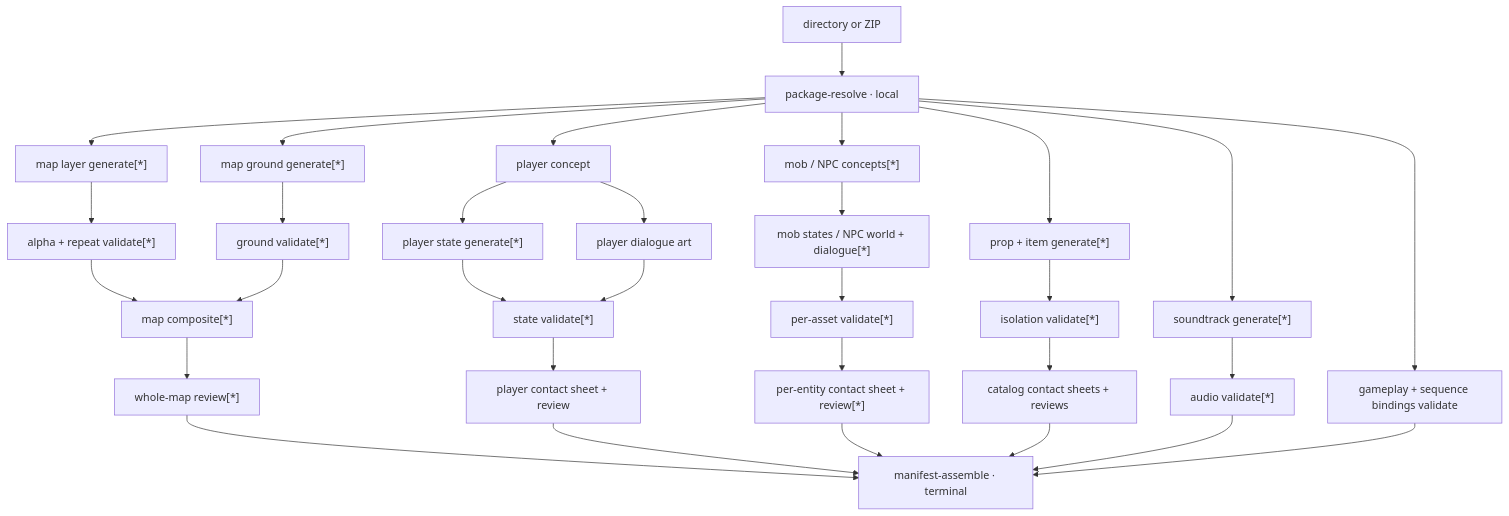
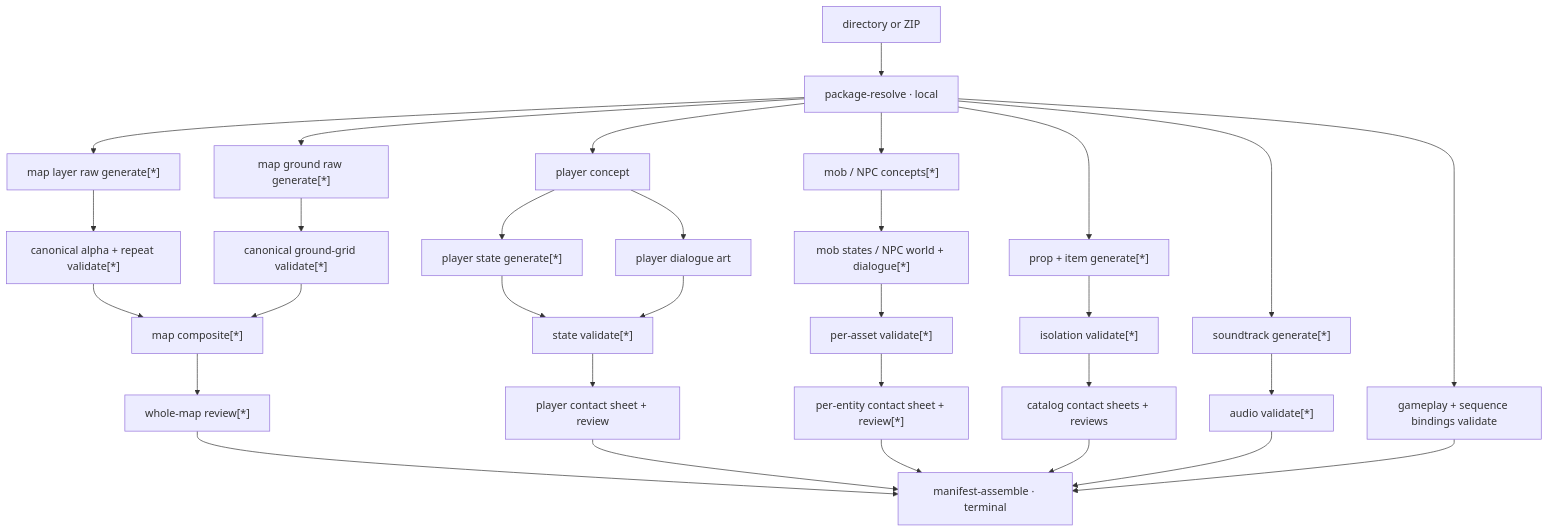
The diagram in docs/spec/game/generation-pipeline.md (softmarshmallow/stage-gen), drawn with Mermaid before and after one commit. The commit also changed other lines of this file and 29 other files, not shown here.

````diff
--- a/docs/spec/game/generation-pipeline.md
+++ b/docs/spec/game/generation-pipeline.md
@@ -32,39 +39,39 @@
 ```mermaid
 flowchart TD
     PKG["directory or ZIP"] --> PR["package-resolve · local"]
 
-    PR --> ML["map layer generate[*]"]
-    PR --> MG["map ground generate[*]"]
-    ML --> MLV["alpha + repeat validate[*]"]
-    MG --> MGV["ground validate[*]"]
+    PR --> ML["map layer raw generate[*]"]
+    PR --> MG["map ground raw generate[*]"]
+    ML --> MLV["canonical alpha + repeat validate[*]"]
+    MG --> MGV["canonical ground-grid validate[*]"]
     MLV --> MC["map composite[*]"]
     MGV --> MC
     MC --> MR["whole-map review[*]"]
 
     PR --> PC["player concept"]
     PC --> PS["player state generate[*]"]
     PC --> PD["player dialogue art"]
     PS --> PV["state validate[*]"]
     PD --> PV
     PV --> PCR["player contact sheet + review"]
 
     PR --> XC["mob / NPC concepts[*]"]
     XC --> XS["mob states / NPC world + dialogue[*]"]
     XS --> XV["per-asset validate[*]"]
     XV --> XR["per-entity contact sheet + review[*]"]
 
     PR --> PI["prop + item generate[*]"]
     PI --> PIV["isolation validate[*]"]
     PIV --> PIR["catalog contact sheets + reviews"]
 
     PR --> ST["soundtrack generate[*]"]
     ST --> STV["audio validate[*]"]
     PR --> GB["gameplay + sequence bindings validate"]
 
     MR --> MF["manifest-assemble · terminal"]
     PCR --> MF
     XR --> MF
     PIR --> MF
     STV --> MF
     GB --> MF
 ```
````
